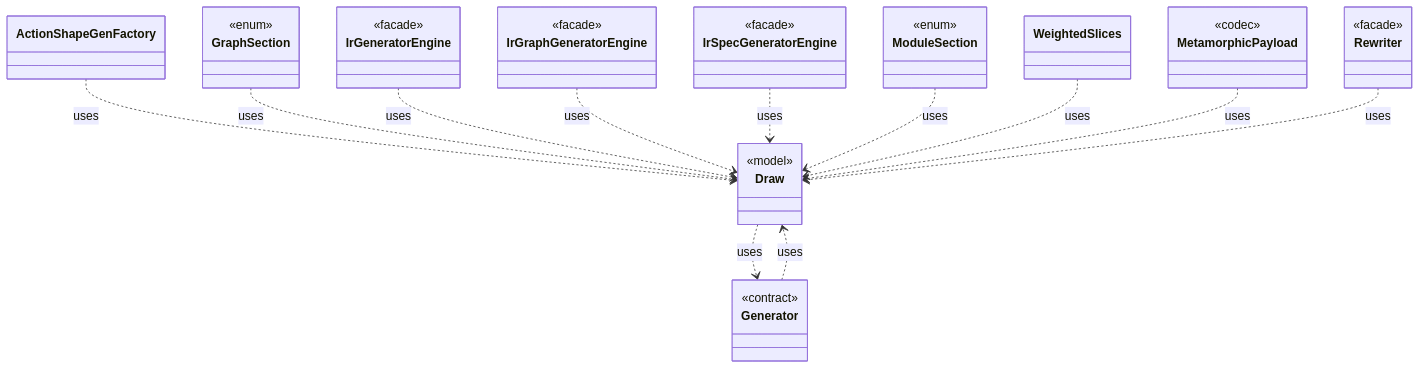
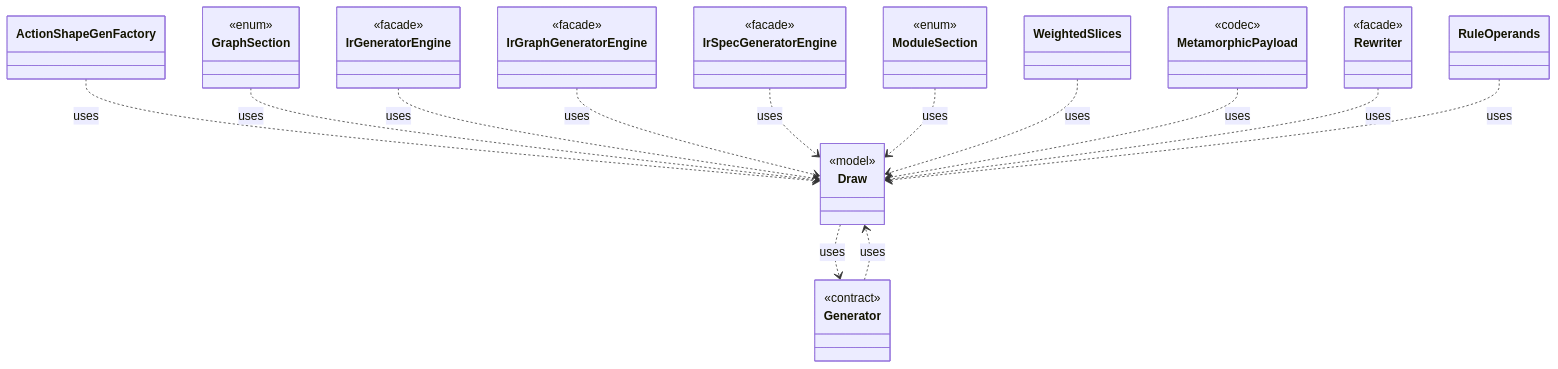
One commit to tlaplus/model-checker-hardening changed the diagram in dev/types/io.github.tlaplus.hardening.gen.Draw.md. Above: the diagram before and after it, drawn with Mermaid. The commit also changed other lines of this file and 405 other files, not shown here.

````diff
--- a/dev/types/io.github.tlaplus.hardening.gen.Draw.md
+++ b/dev/types/io.github.tlaplus.hardening.gen.Draw.md
@@ -7,43 +7,45 @@
 ```mermaid
 classDiagram
   class Draw {
     <<model>>
   }
   class Generator {
     <<contract>>
   }
   class ActionShapeGenFactory
   class GraphSection {
     <<enum>>
   }
   class IrGeneratorEngine {
     <<facade>>
   }
   class IrGraphGeneratorEngine {
     <<facade>>
   }
   class IrSpecGeneratorEngine {
     <<facade>>
   }
   class ModuleSection {
     <<enum>>
   }
   class WeightedSlices
   class MetamorphicPayload {
     <<codec>>
   }
   class Rewriter {
     <<facade>>
   }
+  class RuleOperands
   Draw ..> Generator : uses
   Generator ..> Draw : uses
   ActionShapeGenFactory ..> Draw : uses
   GraphSection ..> Draw : uses
   IrGeneratorEngine ..> Draw : uses
   IrGraphGeneratorEngine ..> Draw : uses
   IrSpecGeneratorEngine ..> Draw : uses
   ModuleSection ..> Draw : uses
   WeightedSlices ..> Draw : uses
   MetamorphicPayload ..> Draw : uses
   Rewriter ..> Draw : uses
+  RuleOperands ..> Draw : uses
 ```
````
